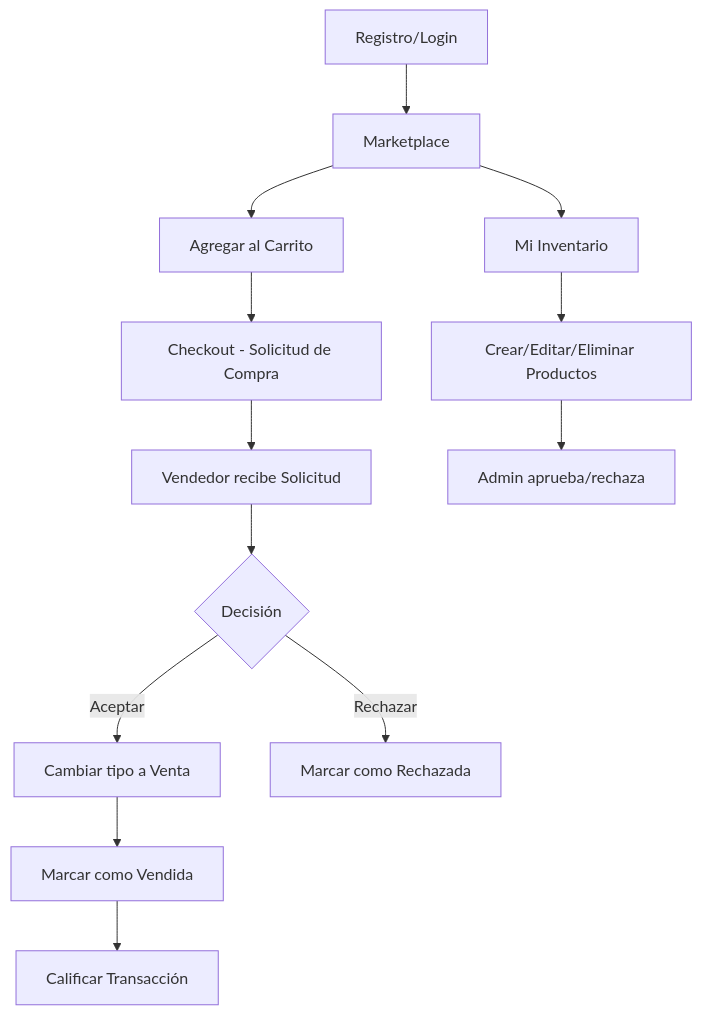
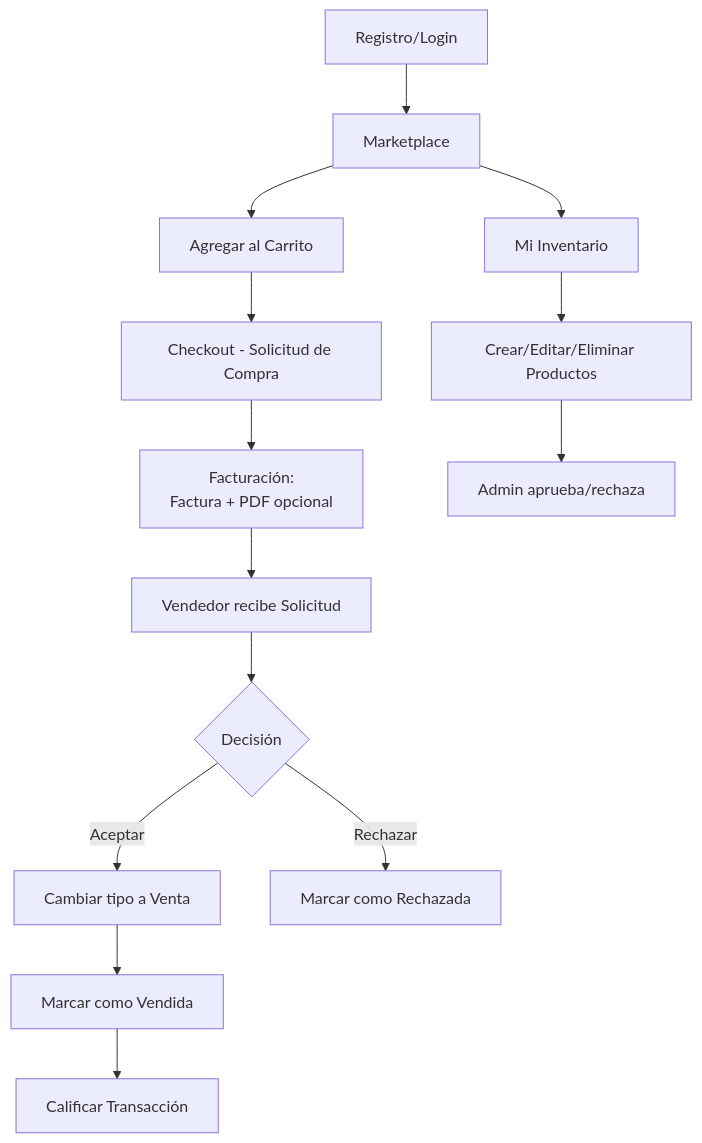
The diagram in docs/01-VISION-GENERAL.md (danieldavid-23/agrosft), drawn with Mermaid before and after one commit. The commit also changed other lines of this file and 52 other files, not shown here.

````diff
--- a/docs/01-VISION-GENERAL.md
+++ b/docs/01-VISION-GENERAL.md
@@ -87,15 +89,16 @@
 ```mermaid
 graph TB
     A[Registro/Login] --> B[Marketplace]
     B --> C[Agregar al Carrito]
     C --> D[Checkout - Solicitud de Compra]
-    D --> E[Vendedor recibe Solicitud]
+    D --> D2[Facturación:<br/>Factura + PDF opcional]
+    D2 --> E[Vendedor recibe Solicitud]
     E --> F{Decisión}
     F -->|Aceptar| G[Cambiar tipo a Venta]
     F -->|Rechazar| H[Marcar como Rechazada]
     G --> I[Marcar como Vendida]
     I --> J[Calificar Transacción]
     B --> K[Mi Inventario]
     K --> L[Crear/Editar/Eliminar Productos]
     L --> M[Admin aprueba/rechaza]
 ```
````
